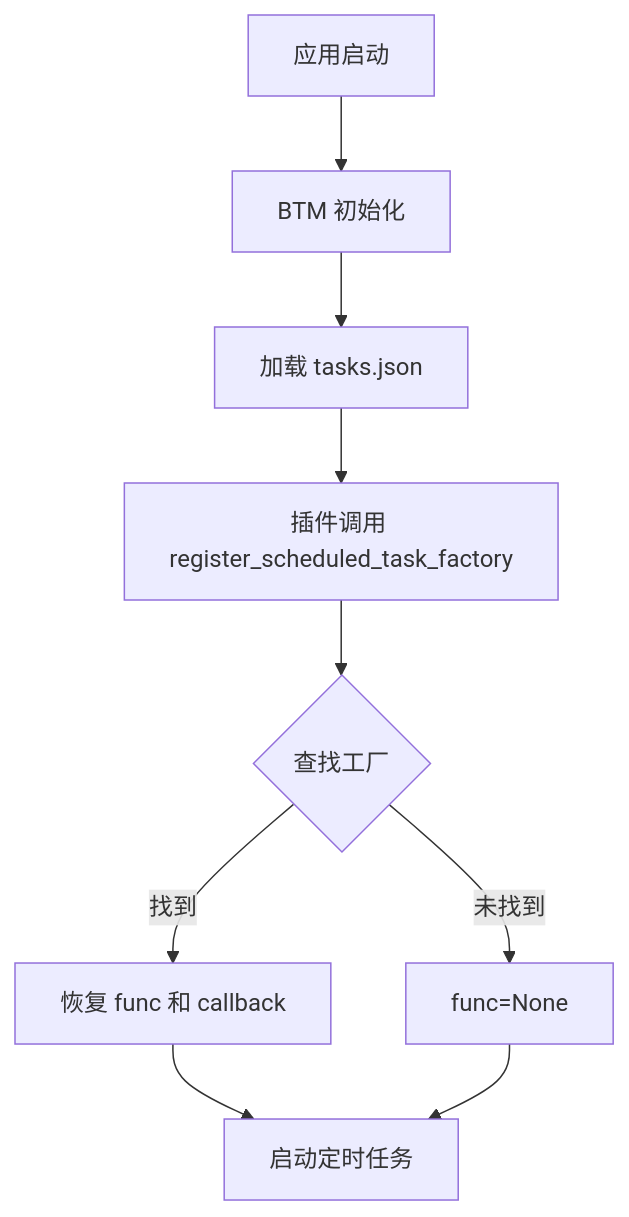
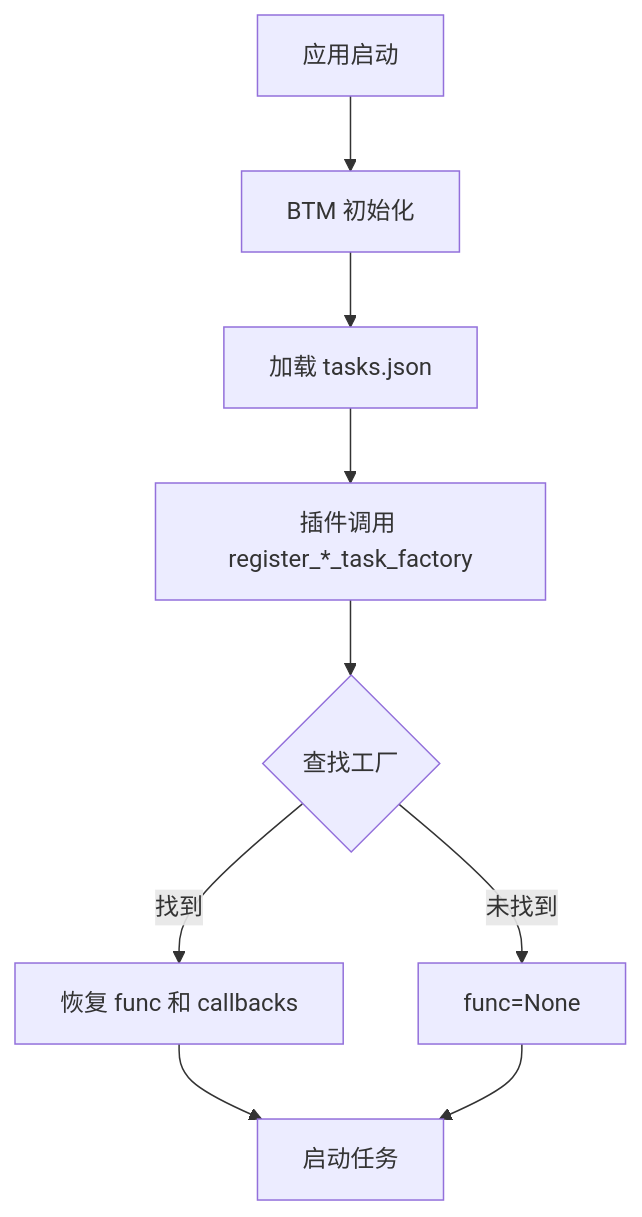
Before and after one commit to KKPIP-Tech/InstructionX: the third of 3 diagrams in docs/core/background-task/overview.md, drawn with Mermaid. The commit also changed other lines of this file and 11 other files, not shown here.

````diff
--- a/docs/core/background-task/overview.md
+++ b/docs/core/background-task/overview.md
@@ -203,11 +275,11 @@
 ```mermaid
 flowchart TD
     A[应用启动] --> B[BTM 初始化]
     B --> C[加载 tasks.json]
-    C --> D[插件调用 register_scheduled_task_factory]
+    C --> D[插件调用 register_*_task_factory]
     D --> E{查找工厂}
-    E -->|找到| F[恢复 func 和 callback]
+    E -->|找到| F[恢复 func 和 callbacks]
     E -->|未找到| G[func=None]
-    F --> H[启动定时任务]
+    F --> H[启动任务]
     G --> H
 ```
````
